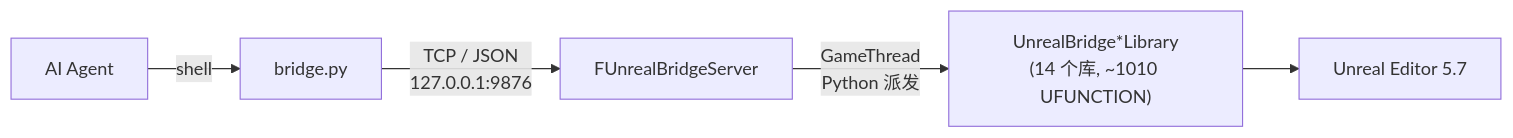
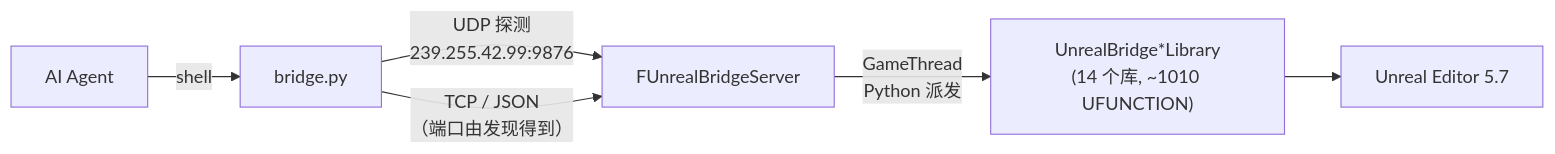
The diagram in README.zh-CN.md (TornLux/UnrealBridge), drawn with Mermaid before and after one commit. The commit also changed other lines of this file and 1 other file, not shown here.

````diff
--- a/README.zh-CN.md
+++ b/README.zh-CN.md
@@ -31,13 +31,14 @@
 ```mermaid
 flowchart LR
     Agent["AI Agent"]
     CLI["bridge.py"]
     Server["FUnrealBridgeServer"]
     Libs["UnrealBridge*Library<br/>(14 个库, ~1010 UFUNCTION)"]
     UE["Unreal Editor 5.7"]
 
     Agent -- "shell" --> CLI
-    CLI -- "TCP / JSON<br/>127.0.0.1:9876" --> Server
+    CLI -- "UDP 探测<br/>239.255.42.99:9876" --> Server
+    CLI -- "TCP / JSON<br/>（端口由发现得到）" --> Server
     Server -- "GameThread<br/>Python 派发" --> Libs
     Libs --> UE
 ```
````
